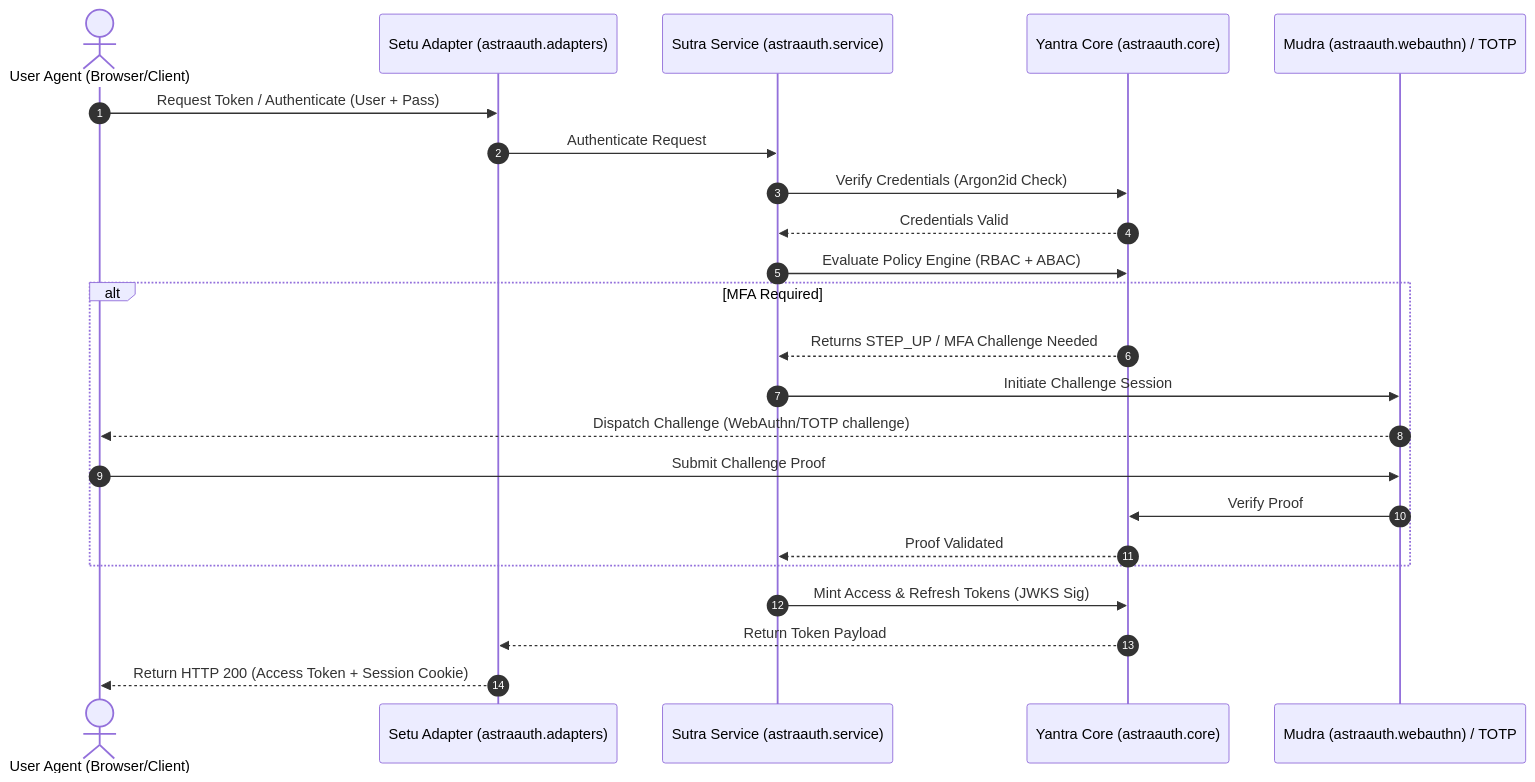
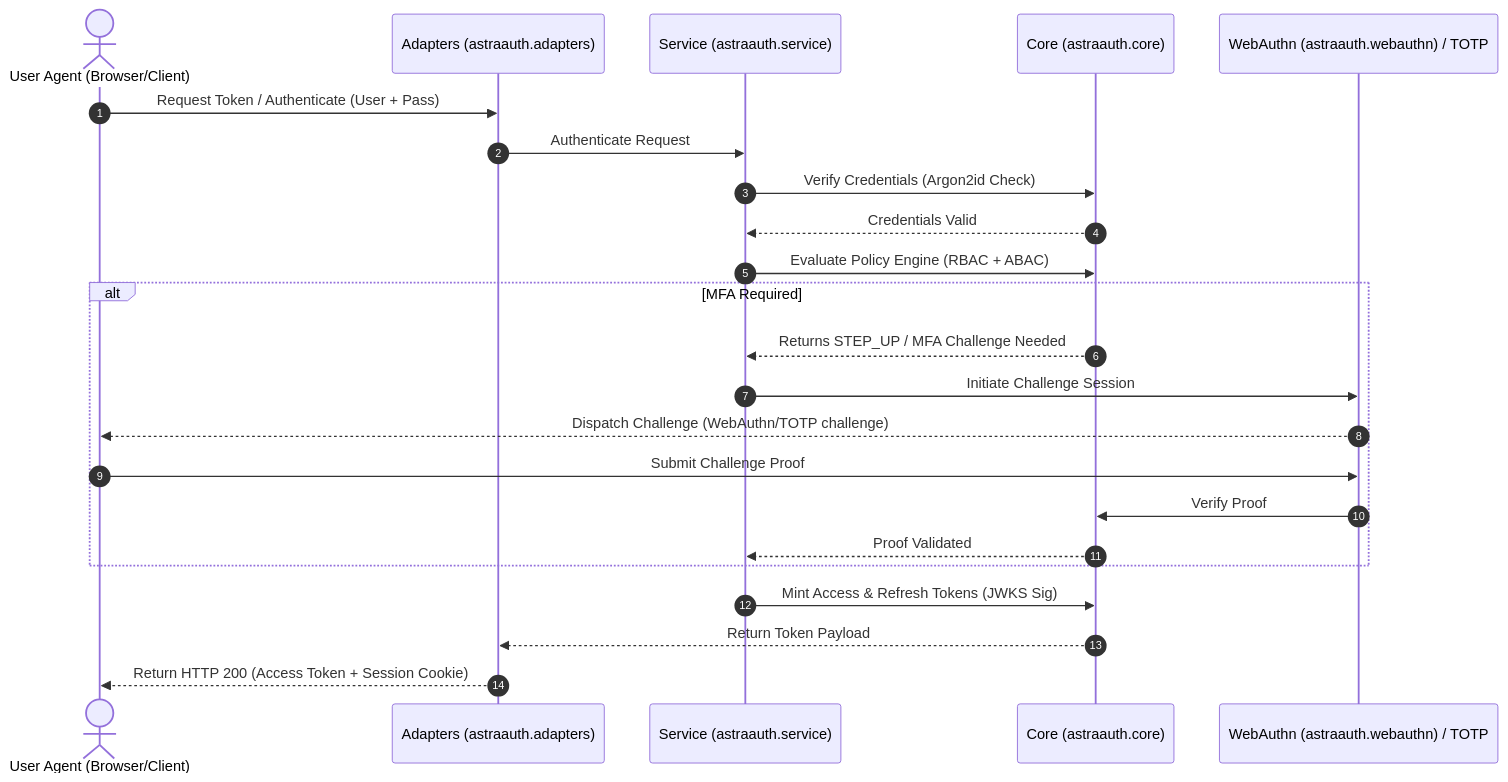
Before and after one commit to groverankur/Astra: the fourth of 7 diagrams in docs/about/architecture_and_workflows.md, drawn with Mermaid. The commit also changed other lines of this file and 59 other files, not shown here.

````diff
--- a/docs/about/architecture_and_workflows.md
+++ b/docs/about/architecture_and_workflows.md
@@ -167,28 +181,28 @@
 ```mermaid
 sequenceDiagram
     autonumber
     actor User as User Agent (Browser/Client)
-    participant Setu as Setu Adapter (astraauth.adapters)
-    participant Sutra as Sutra Service (astraauth.service)
-    participant Yantra as Yantra Core (astraauth.core)
-    participant Mudra as Mudra (astraauth.webauthn) / TOTP
+    participant Setu as Adapters (astraauth.adapters)
+    participant Service as Service (astraauth.service)
+    participant Core as Core (astraauth.core)
+    participant Mudra as WebAuthn (astraauth.webauthn) / TOTP
 
     User->>Setu: Request Token / Authenticate (User + Pass)
-    Setu->>Sutra: Authenticate Request
-    Sutra->>Yantra: Verify Credentials (Argon2id Check)
-    Yantra-->>Sutra: Credentials Valid
-    Sutra->>Yantra: Evaluate Policy Engine (RBAC + ABAC)
+    Setu->>Service: Authenticate Request
+    Service->>Core: Verify Credentials (Argon2id Check)
+    Core-->>Service: Credentials Valid
+    Service->>Core: Evaluate Policy Engine (RBAC + ABAC)
     
     alt MFA Required
-        Yantra-->>Sutra: Returns STEP_UP / MFA Challenge Needed
-        Sutra->>Mudra: Initiate Challenge Session
+        Core-->>Service: Returns STEP_UP / MFA Challenge Needed
+        Service->>Mudra: Initiate Challenge Session
         Mudra-->>User: Dispatch Challenge (WebAuthn/TOTP challenge)
         User->>Mudra: Submit Challenge Proof
-        Mudra->>Yantra: Verify Proof
-        Yantra-->>Sutra: Proof Validated
+        Mudra->>Core: Verify Proof
+        Core-->>Service: Proof Validated
     end
 
-    Sutra->>Yantra: Mint Access & Refresh Tokens (JWKS Sig)
-    Yantra-->>Setu: Return Token Payload
+    Service->>Core: Mint Access & Refresh Tokens (JWKS Sig)
+    Core-->>Setu: Return Token Payload
     Setu-->>User: Return HTTP 200 (Access Token + Session Cookie)
 ```
````
